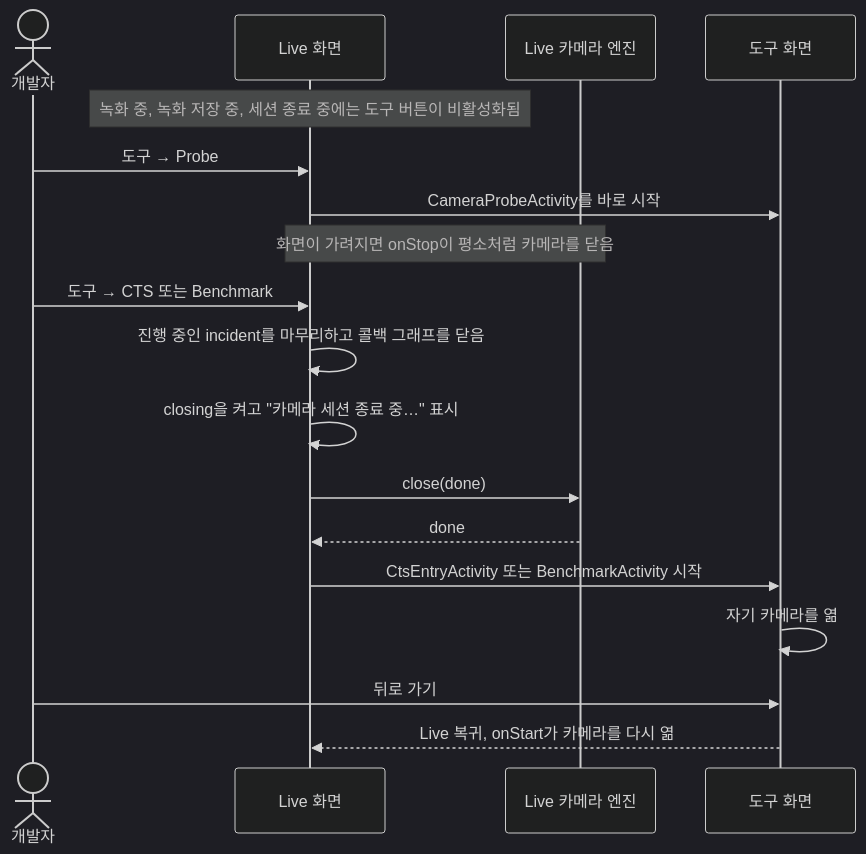
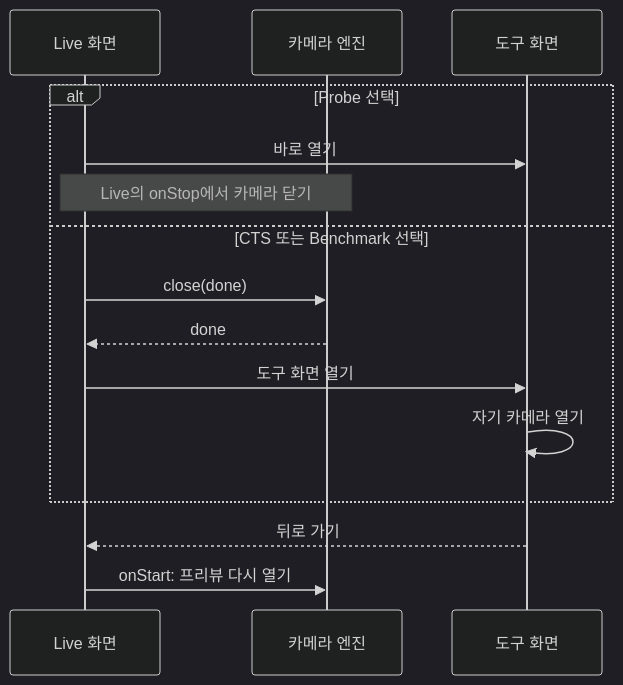
Before and after one commit to TTolsun/hal-camera: the second of 3 diagrams in docs/design/APP-UI.md, drawn with Mermaid (dark theme). The commit also changed other lines of this file and 47 other files, not shown here.

Commit message:
Unify documentation design and improve diagram readability

````diff
--- a/docs/design/APP-UI.md
+++ b/docs/design/APP-UI.md
@@ -124,20 +115,17 @@
 ```mermaid
 sequenceDiagram
-    actor U as 개발자
     participant L as Live 화면
-    participant E as Live 카메라 엔진
+    participant E as 카메라 엔진
     participant T as 도구 화면
-    Note over L: 녹화 중, 녹화 저장 중, 세션 종료 중에는 도구 버튼이 비활성화됨
-    U->>L: 도구 → Probe
-    L->>T: CameraProbeActivity를 바로 시작
-    Note over L,E: 화면이 가려지면 onStop이 평소처럼 카메라를 닫음
-    U->>L: 도구 → CTS 또는 Benchmark
-    L->>L: 진행 중인 incident를 마무리하고 콜백 그래프를 닫음
-    L->>L: closing을 켜고 "카메라 세션 종료 중…" 표시
-    L->>E: close(done)
-    E-->>L: done
-    L->>T: CtsEntryActivity 또는 BenchmarkActivity 시작
-    T->>T: 자기 카메라를 엶
-    U->>T: 뒤로 가기
-    T-->>L: Live 복귀, onStart가 카메라를 다시 엶
+    alt Probe 선택
+        L->>T: 바로 열기
+        Note over L,E: Live의 onStop에서 카메라 닫기
+    else CTS 또는 Benchmark 선택
+        L->>E: close(done)
+        E-->>L: done
+        L->>T: 도구 화면 열기
+        T->>T: 자기 카메라 열기
+    end
+    T-->>L: 뒤로 가기
+    L->>E: onStart: 프리뷰 다시 열기
 ```
````
